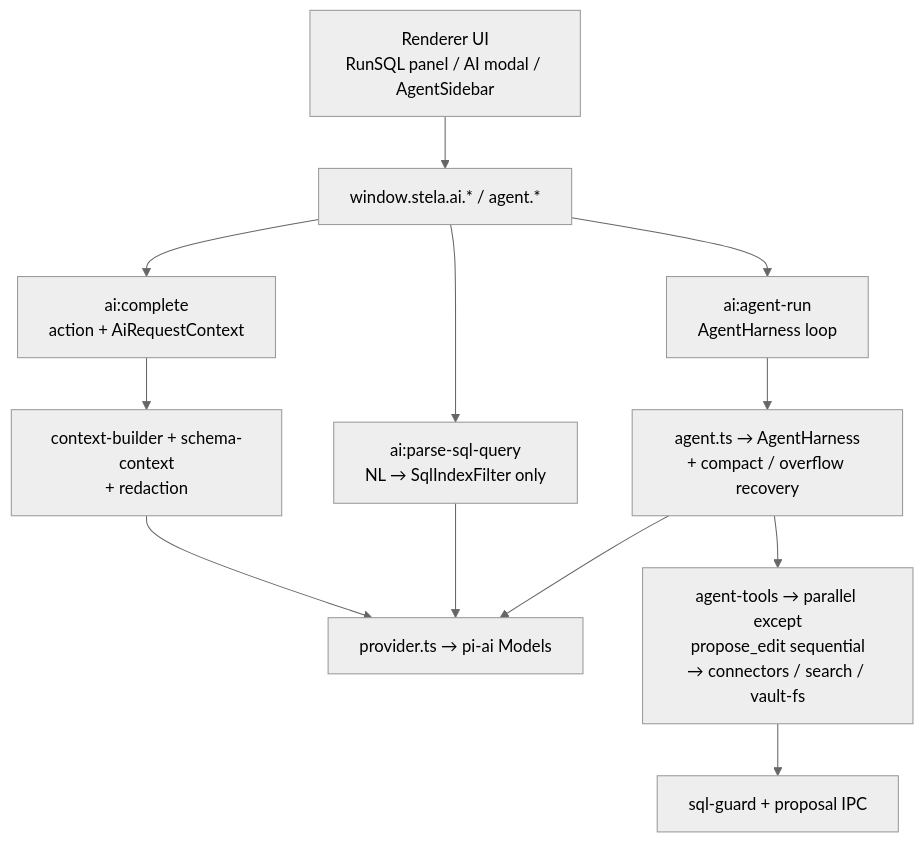
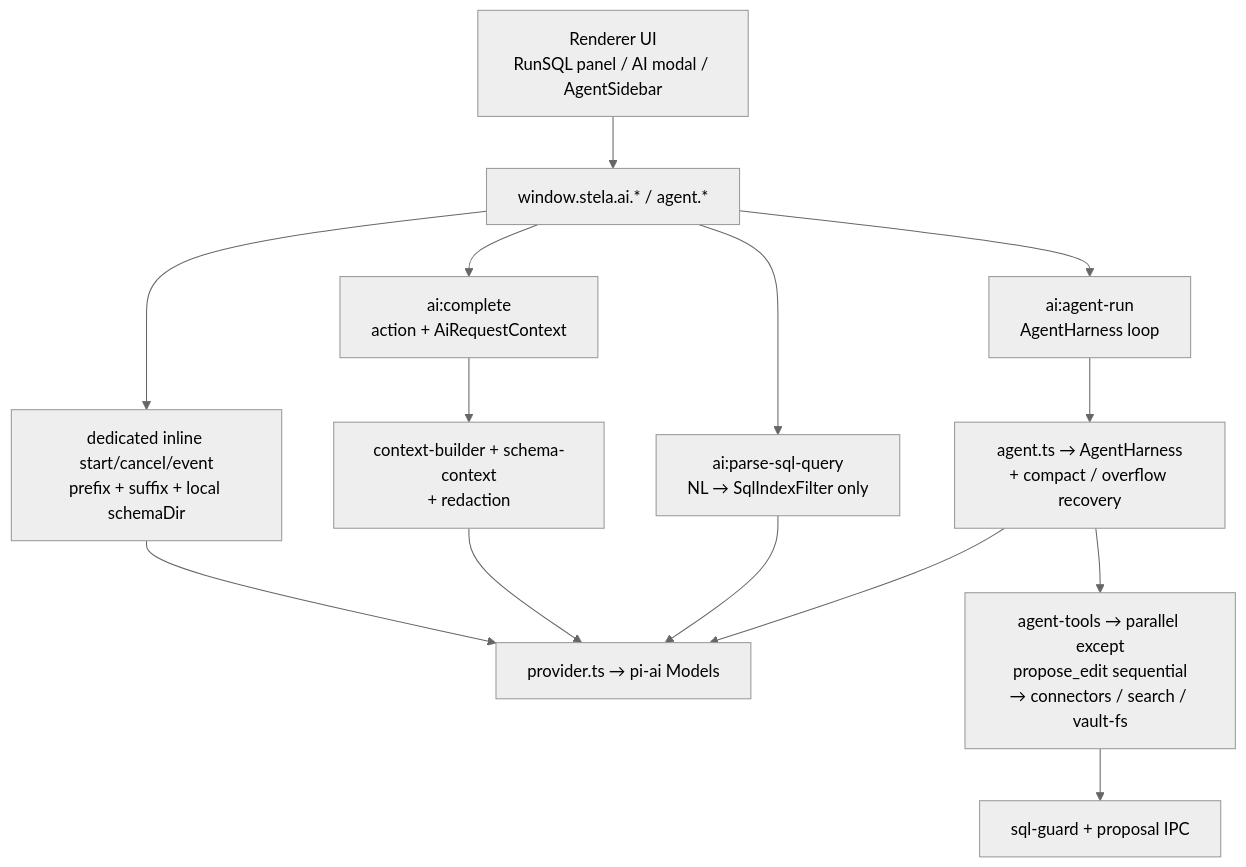
The second of 2 diagrams in docs/ARCHITECTURE.md (ay27/Stela), drawn with Mermaid (neutral theme) before and after one commit. The commit also changed other lines of this file and 23 other files, not shown here.

````diff
--- a/docs/ARCHITECTURE.md
+++ b/docs/ARCHITECTURE.md
@@ -285,23 +285,25 @@
 ```mermaid
 flowchart TB
   UI["Renderer UI\nRunSQL panel / AI modal / AgentSidebar"]
   PRE["window.stela.ai.* / agent.*"]
   ACT["ai:complete\naction + AiRequestContext"]
+  INLINE["dedicated inline start/cancel/event\nprefix + suffix + local schemaDir"]
   PARSE["ai:parse-sql-query\nNL → SqlIndexFilter only"]
   AGENT["ai:agent-run\nAgentHarness loop"]
   CTX["context-builder + schema-context\n+ redaction"]
   PROV["provider.ts → pi-ai Models"]
   HARNESS["agent.ts → AgentHarness\n+ compact / overflow recovery"]
   TOOLS["agent-tools → parallel except\npropose_edit sequential\n→ connectors / search / vault-fs"]
   GUARD["sql-guard + proposal IPC"]
 
   UI --> PRE
   PRE --> ACT
+  PRE --> INLINE --> PROV
   PRE --> PARSE
   PRE --> AGENT
   ACT --> CTX --> PROV
   PARSE --> PROV
   AGENT --> HARNESS --> PROV
   HARNESS --> TOOLS
   TOOLS --> GUARD
 ```
````
